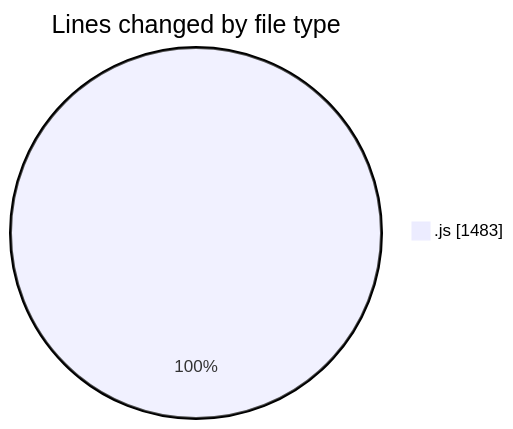
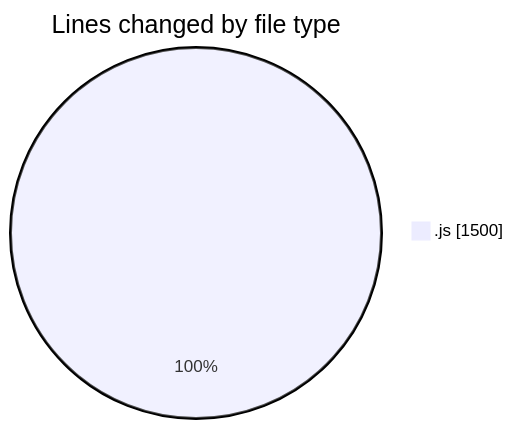
The first of 2 diagrams in 2025-09-07/keynode1/README.md (lephambinh05/code-tracking), drawn with Mermaid before and after one commit. The commit also changed other lines of this file and 1 other file, not shown here.

````diff
--- a/2025-09-07/keynode1/README.md
+++ b/2025-09-07/keynode1/README.md
@@ -20,5 +20,5 @@
 ```mermaid
 pie showData
 title Lines changed by file type
-".js" : 1483
+".js" : 1500
 ```
````
